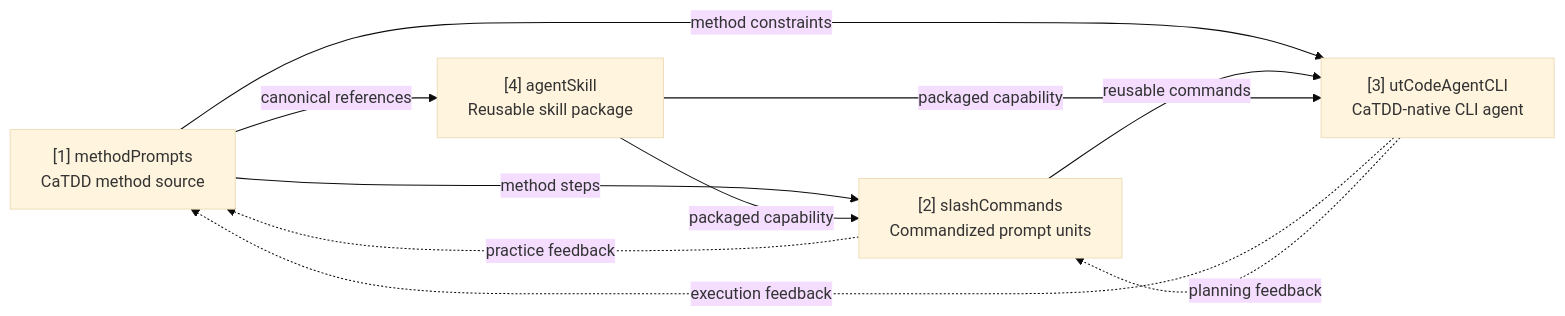
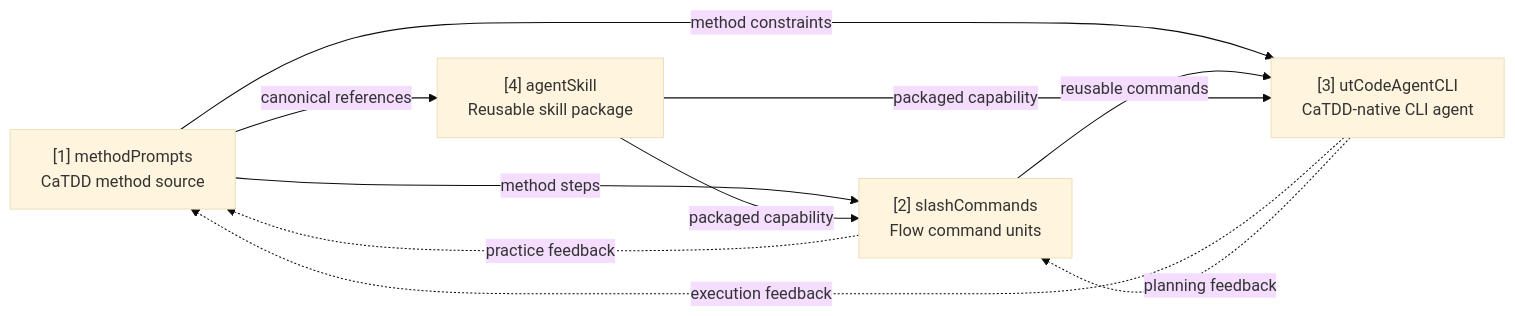
Before and after one commit to EnigmaWU/MyCaTDD: the diagram in README.md, drawn with Mermaid (base theme). The commit also changed other lines of this file and 6 other files, not shown here.

First line of the commit message:
Clarify slashCommands flow automation role

````diff
--- a/README.md
+++ b/README.md
@@ -29,17 +29,17 @@
 ```mermaid
 flowchart LR
   L1["[1] methodPrompts<br/>CaTDD method source"]
-  L2["[2] slashCommands<br/>Commandized prompt units"]
+  L2["[2] slashCommands<br/>Flow command units"]
   L3["[3] utCodeAgentCLI<br/>CaTDD-native CLI agent"]
   L4["[4] agentSkill<br/>Reusable skill package"]
 
   L1 -->|method steps| L2
   L1 -->|method constraints| L3
   L1 -->|canonical references| L4
   L2 -->|reusable commands| L3
   L4 -->|packaged capability| L2
   L4 -->|packaged capability| L3
   L2 -.->|practice feedback| L1
   L3 -.->|execution feedback| L1
   L3 -.->|planning feedback| L2
 ```
````
